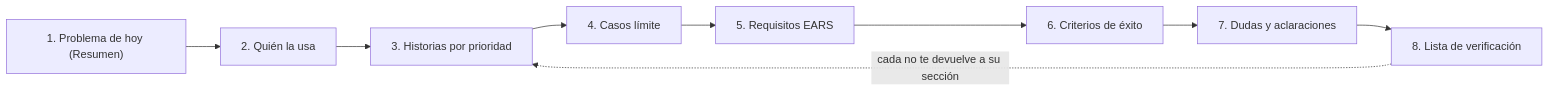
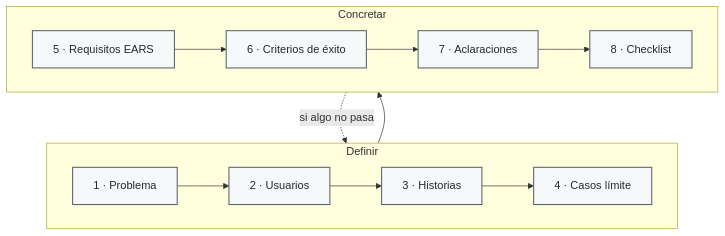
The diagram in ejercicios/01-tu-primera-especificacion-sin-codigo.md (antroc/charla-sdd), drawn with Mermaid before and after one commit. The commit also changed 3 other files, not shown here.

Commit message:
Simplificar diagramas de buenas practicas y ejercicios basicos

````diff
--- a/ejercicios/01-tu-primera-especificacion-sin-codigo.md
+++ b/ejercicios/01-tu-primera-especificacion-sin-codigo.md
@@ -41,8 +41,18 @@
 ```mermaid
-flowchart LR
-    p1["1. Problema de hoy (Resumen)"] --> p2["2. Quién la usa"]
-    p2 --> p3["3. Historias por prioridad"] --> p4["4. Casos límite"]
-    p4 --> p5["5. Requisitos EARS"] --> p6["6. Criterios de éxito"]
-    p6 --> p7["7. Dudas y aclaraciones"] --> p8["8. Lista de verificación"]
-    p8 -.->|"cada no te devuelve a su sección"| p3
+flowchart TB
+  subgraph definir["Definir"]
+    direction LR
+    p1["1 · Problema"] --> p2["2 · Usuarios"] --> p3["3 · Historias"] --> p4["4 · Casos límite"]
+  end
+
+  subgraph concretar["Concretar"]
+    direction LR
+    p5["5 · Requisitos EARS"] --> p6["6 · Criterios de éxito"] --> p7["7 · Aclaraciones"] --> p8["8 · Checklist"]
+  end
+
+  p4 --> p5
+  p8 -.->|"si algo no pasa"| p3
+
+  classDef step fill:#F6F8FA,stroke:#57606A,stroke-width:1.5px,color:#24292F;
+  class p1,p2,p3,p4,p5,p6,p7,p8 step;
 ```
````
